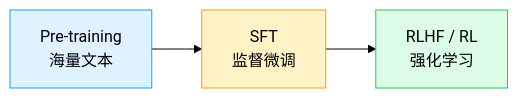
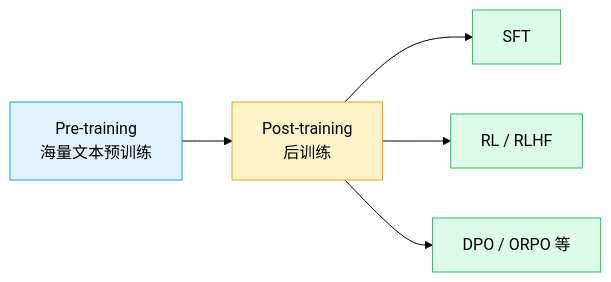
One commit to jsjtxietian/ai_pre_for_yx changed the first of 2 diagrams in slides.md. Above: the diagram before and after it, drawn with Mermaid (forest theme). The commit also changed other lines of this file and 3 other files, not shown here.

````diff
--- a/slides.md
+++ b/slides.md
@@ -189,8 +407,12 @@
 ```mermaid {scale: 0.75}
 graph LR
-    A[Pre-training<br/>海量文本] --> B[SFT<br/>监督微调]
-    B --> C[RLHF / RL<br/>强化学习]
+    A["Pre-training<br/>海量文本预训练"] --> B["Post-training<br/>后训练"]
+    B --> C["SFT"]
+    B --> D["RL / RLHF"]
+    B --> E["DPO / ORPO 等"]
     style A fill:#e0f2fe,stroke:#0ea5e9
     style B fill:#fef3c7,stroke:#f59e0b
     style C fill:#dcfce7,stroke:#22c55e
+    style D fill:#dcfce7,stroke:#22c55e
+    style E fill:#dcfce7,stroke:#22c55e
 ```
````
